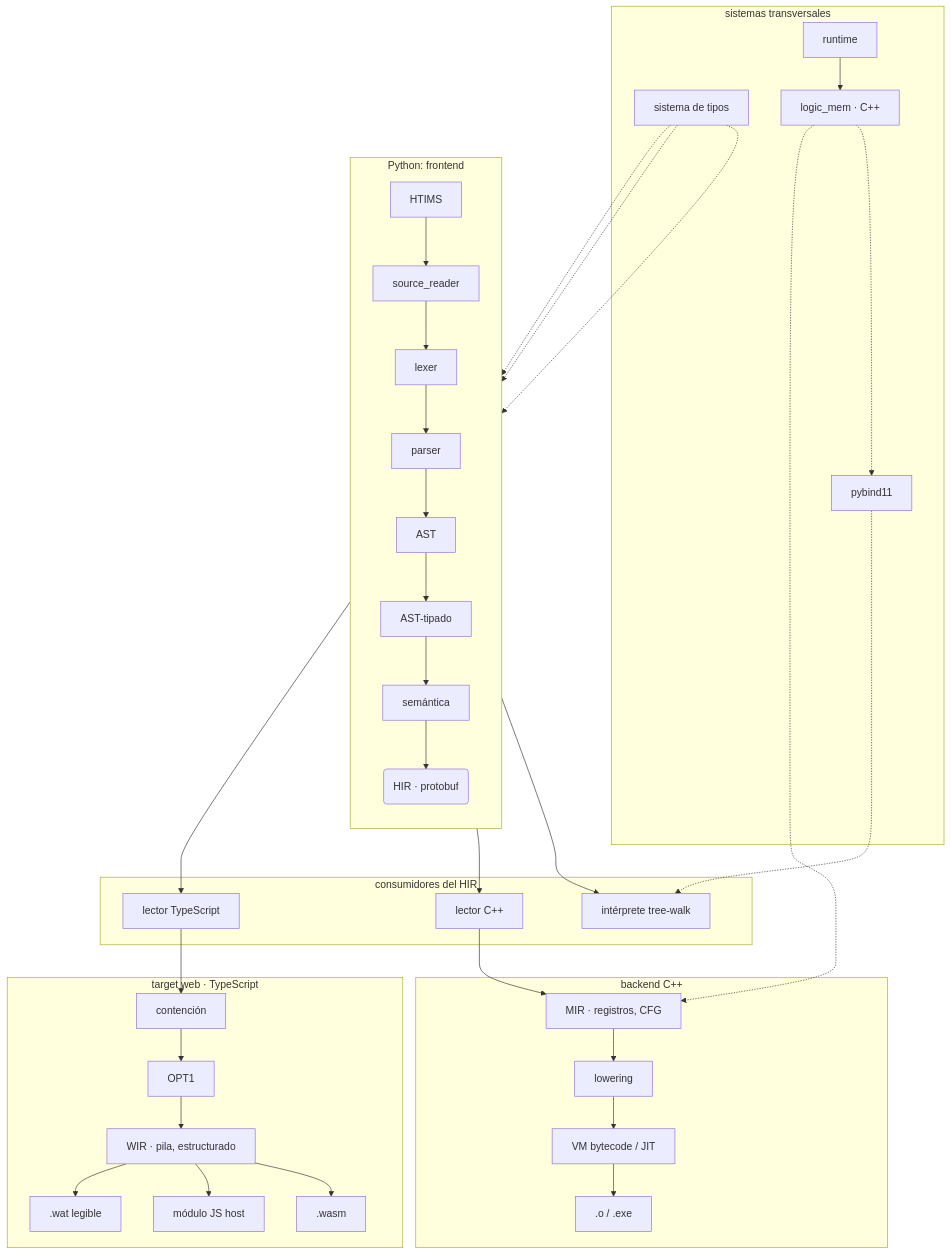
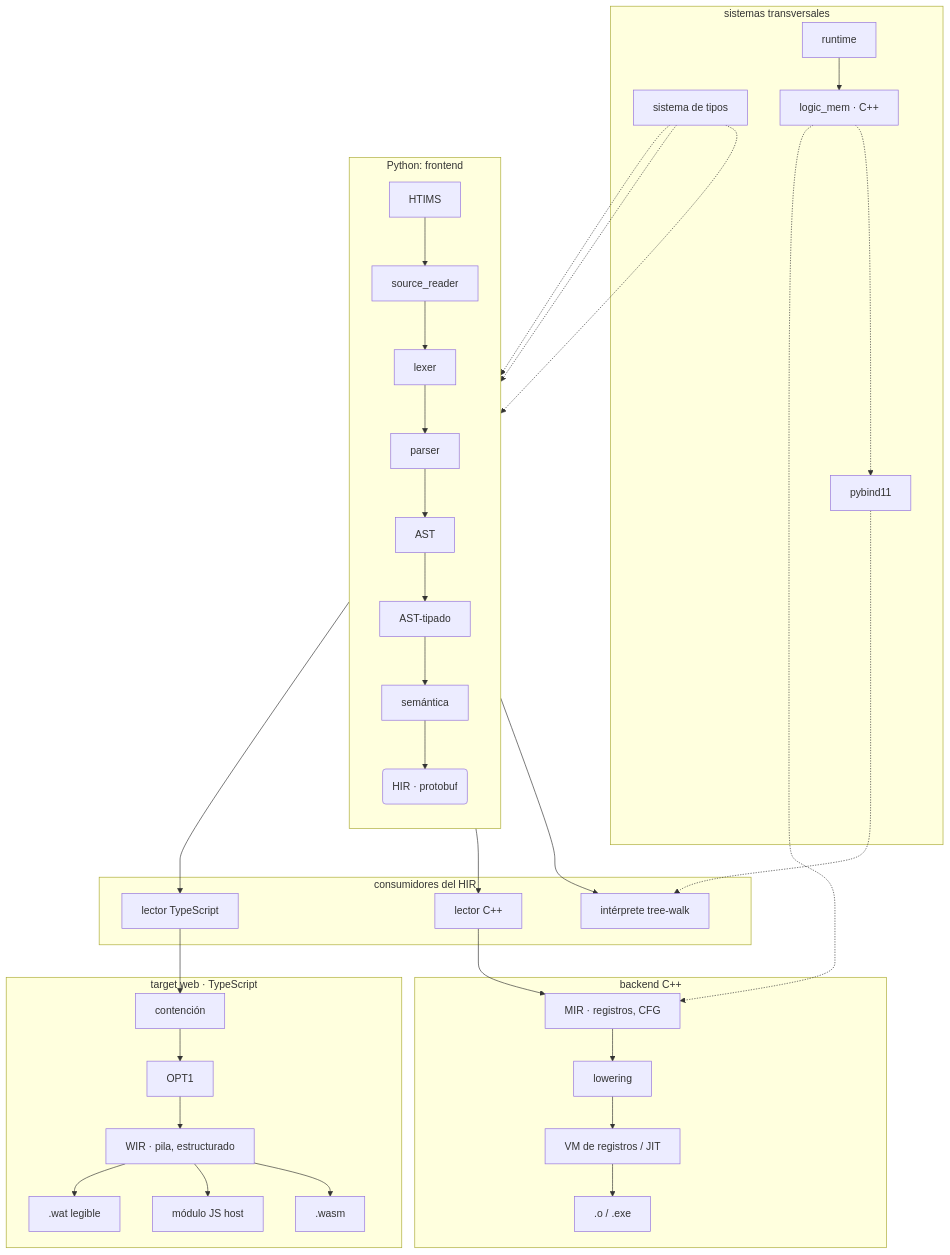
One commit to samue1-pineda/suriaX changed the diagram in ARCHITECTURE.md. Above: the diagram before and after it, drawn with Mermaid. The commit also changed other lines of this file and 488 other files, not shown here.

````diff
--- a/ARCHITECTURE.md
+++ b/ARCHITECTURE.md
@@ -20,46 +22,46 @@
 ```mermaid
 graph TD
 
 subgraph Python_Frontend [Python: frontend]
 direction TB
 HTIMS-->SR
 SR[source_reader]-->lexer;
 lexer-->parser;
 parser-->AST;
 AST-->Typed_AST[AST-tipado];
 Typed_AST-->semantic[semántica]
 semantic-->HIR(HIR · protobuf)
 end
 
 subgraph HIR_consumers [consumidores del HIR]
 HIR --> interpreter[intérprete tree-walk]
 HIR --> HIR_cpp[lector C++]
 HIR --> HIR_web[lector TypeScript]
 end
 
 subgraph Cpp_backend [backend C++]
 HIR_cpp --> MIR[MIR · registros, CFG]
 MIR --> lowering
-lowering --> VM_JIT[VM bytecode / JIT]
+lowering --> VM_JIT[VM de registros / JIT]
 VM_JIT --> nativo[.o / .exe]
 end
 
 subgraph Web_target [target web · TypeScript]
 HIR_web --> contencion[contención]
 contencion --> DCE[OPT1]
 DCE --> WIR[WIR · pila, estructurado]
 WIR --> wasm[.wasm]
 WIR --> js[módulo JS host]
 WIR --> wat[.wat legible]
 end
 
 subgraph decoupled [sistemas transversales]
 type_system[sistema de tipos] -.-> Typed_AST
 type_system -.-> semantic
 type_system -.-> HIR
 runtime[runtime] --> memory_logic[logic_mem · C++]
 memory_logic -.-> pybind11
 pybind11 -.-> interpreter
 memory_logic -.-> MIR
 end
 ```
````
